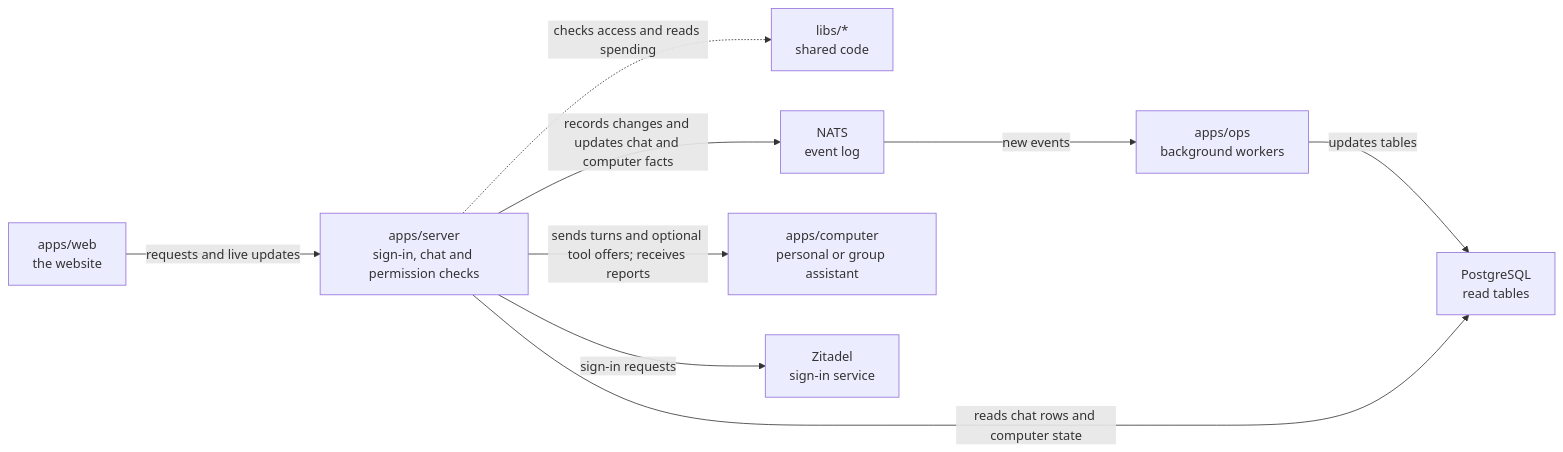
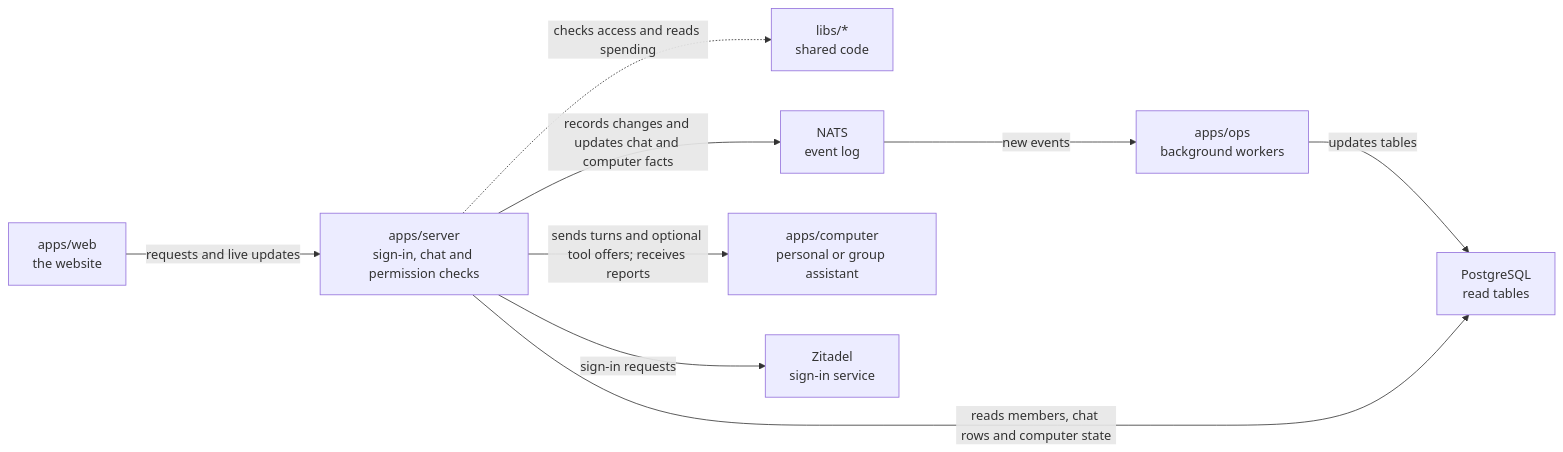
The diagram in apps/server/README.md (elewa-git/opencrane-new), drawn with Mermaid before and after one commit. The commit also changed other lines of this file and 15 other files, not shown here.

````diff
--- a/apps/server/README.md
+++ b/apps/server/README.md
@@ -11,11 +11,11 @@
 ```mermaid
 flowchart LR
   web["apps/web<br/>the website"] -->|requests and live updates| server["apps/server<br/>sign-in, chat and permission checks"]
   server -.->|checks access and reads spending| libs["libs/*<br/>shared code"]
   server -->|records changes and updates chat and computer facts| nats["NATS<br/>event log"]
   nats -->|new events| ops["apps/ops<br/>background workers"]
   ops -->|updates tables| postgres["PostgreSQL<br/>read tables"]
-  server -->|reads chat rows and computer state| postgres
+  server -->|reads members, chat rows and computer state| postgres
   server -->|sends turns and optional tool offers; receives reports| computer["apps/computer<br/>personal or group assistant"]
   server -->|sign-in requests| zitadel["Zitadel<br/>sign-in service"]
 ```
````
